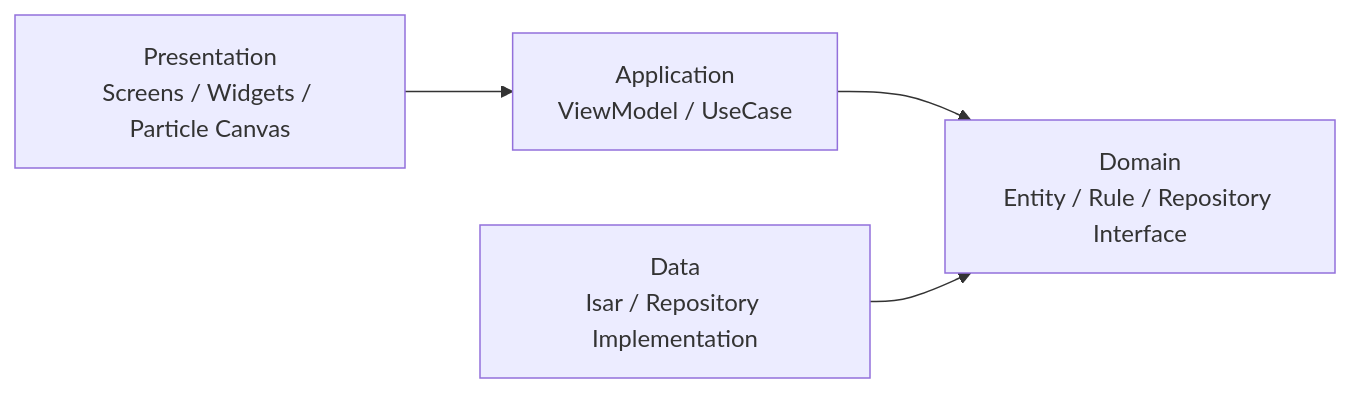
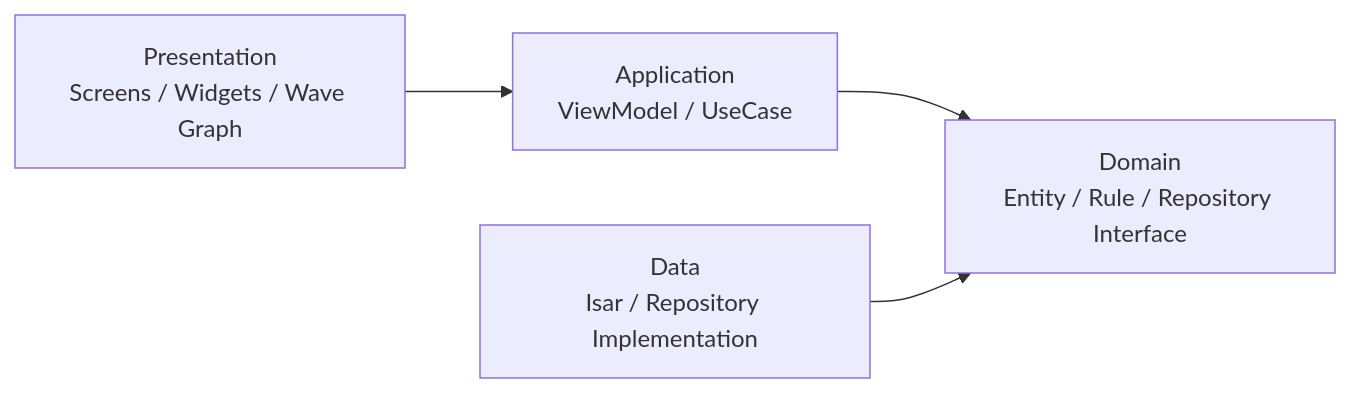
The diagram in docs/presentation/interim.md (yseho031018/rhythm-archive), drawn with Mermaid before and after one commit. The commit also changed other lines of this file and 18 other files, not shown here.

Commit message:
design: replace particle canvas with wave graph

````diff
--- a/docs/presentation/interim.md
+++ b/docs/presentation/interim.md
@@ -86,11 +86,11 @@
 ```mermaid
 flowchart LR
-  UI["Presentation\nScreens / Widgets / Particle Canvas"]
+  UI["Presentation\nScreens / Widgets / Wave Graph"]
   APP["Application\nViewModel / UseCase"]
   DOMAIN["Domain\nEntity / Rule / Repository Interface"]
   DATA["Data\nIsar / Repository Implementation"]
 
   UI --> APP
   APP --> DOMAIN
   DATA --> DOMAIN
 ```
````
